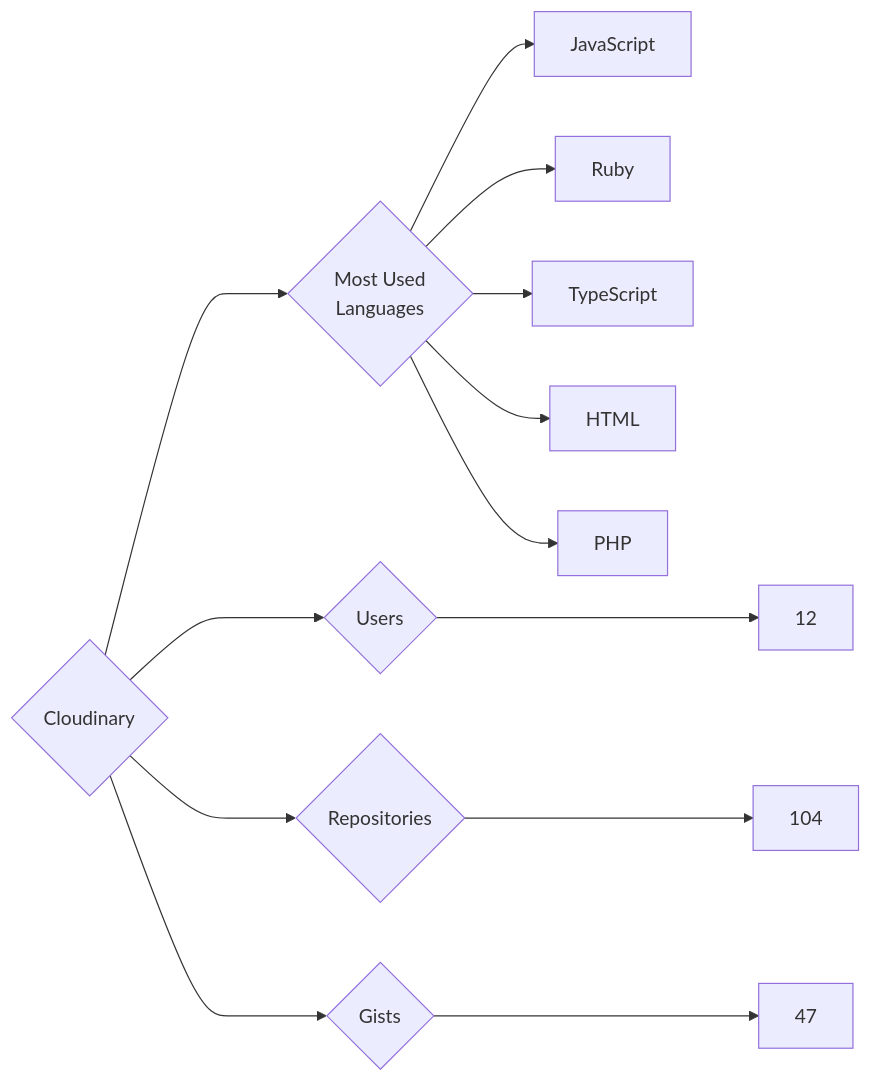
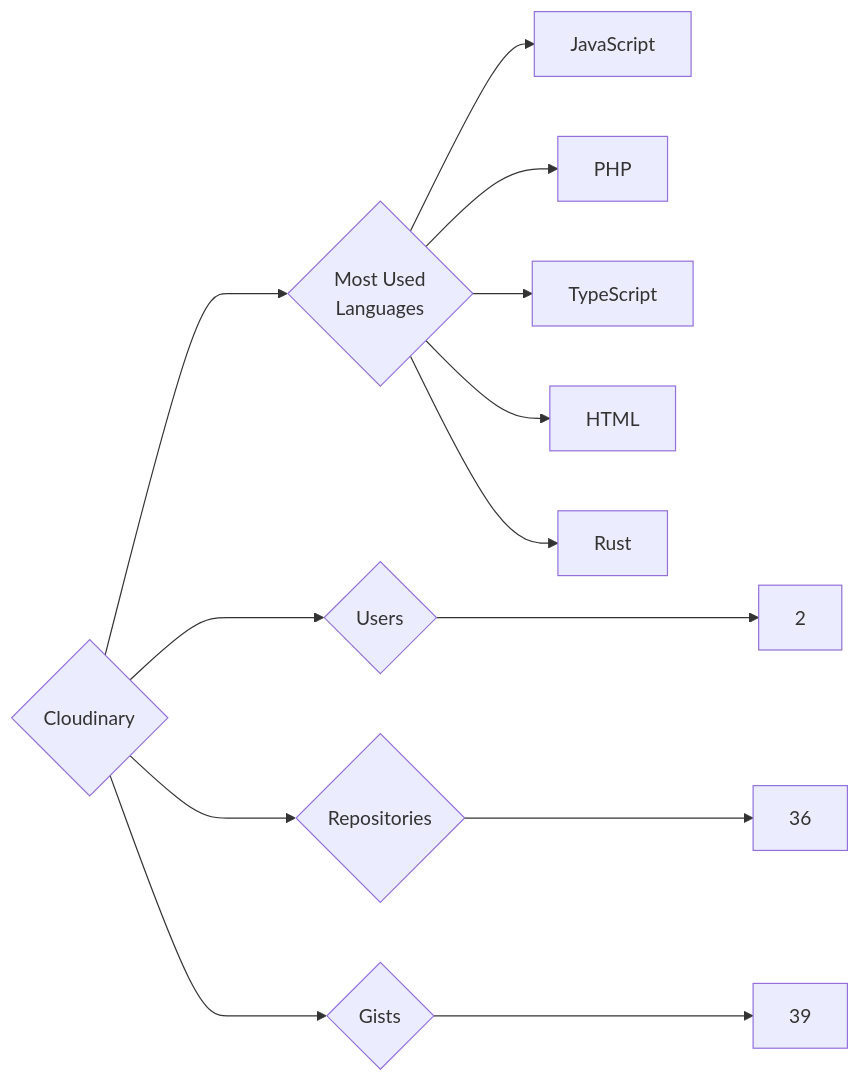
The diagram in targets/Cloudinary/README.md (trickest/insiders), drawn with Mermaid before and after one commit. The commit also changed 644 other files, not shown here.

````diff
--- a/targets/Cloudinary/README.md
+++ b/targets/Cloudinary/README.md
@@ -3,13 +3,13 @@
 ```mermaid
 graph LR
 COMPANY_NAME{Cloudinary}
-COMPANY_NAME ---> U{Users} ---> UN[12]
-COMPANY_NAME ---> R{Repositories} ---> RN[104]
-COMPANY_NAME ---> G{Gists} ---> GN[47]
+COMPANY_NAME ---> U{Users} ---> UN[2]
+COMPANY_NAME ---> R{Repositories} ---> RN[36]
+COMPANY_NAME ---> G{Gists} ---> GN[39]
 COMPANY_NAME ---> ML{Most Used<br>Languages}
 ML --> JavaScript[JavaScript]
-ML --> Ruby[Ruby]
+ML --> PHP[PHP]
 ML --> TypeScript[TypeScript]
 ML --> HTML[HTML]
-ML --> PHP[PHP]
+ML --> Rust[Rust]
 ```
````
